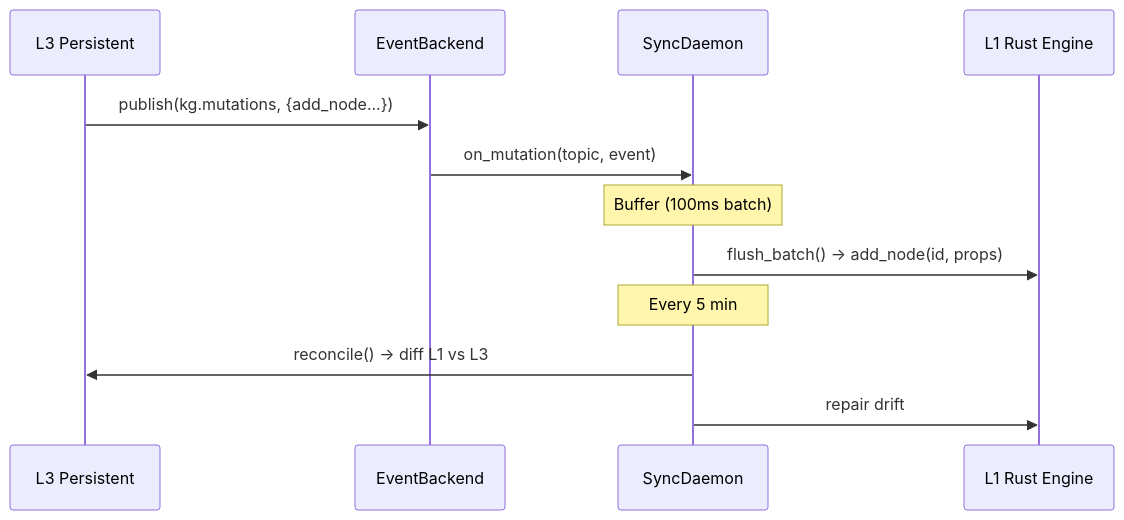
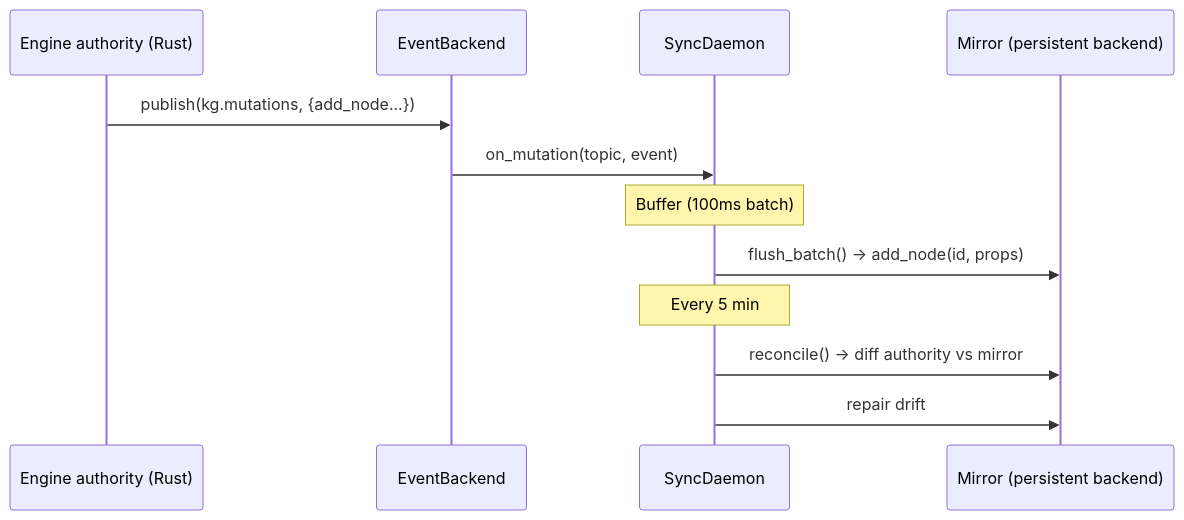
Before and after one commit to Knuckles-Team/agent-utilities: the second of 2 diagrams in docs/architecture/event_backbone_architecture.md, drawn with Mermaid. The commit also changed other lines of this file and 29 other files, not shown here.

````diff
--- a/docs/architecture/event_backbone_architecture.md
+++ b/docs/architecture/event_backbone_architecture.md
@@ -118,15 +119,15 @@
 ```mermaid
 sequenceDiagram
-    participant L3 as L3 Persistent
+    participant ENG as Engine authority (Rust)
     participant EB as EventBackend
     participant SD as SyncDaemon
-    participant L1 as L1 Rust Engine
+    participant MIR as Mirror (persistent backend)
 
-    L3->>EB: publish(kg.mutations, {add_node...})
+    ENG->>EB: publish(kg.mutations, {add_node...})
     EB->>SD: on_mutation(topic, event)
     Note over SD: Buffer (100ms batch)
-    SD->>L1: flush_batch() → add_node(id, props)
+    SD->>MIR: flush_batch() → add_node(id, props)
     Note over SD: Every 5 min
-    SD->>L3: reconcile() → diff L1 vs L3
-    SD->>L1: repair drift
+    SD->>MIR: reconcile() → diff authority vs mirror
+    SD->>MIR: repair drift
 ```
````
